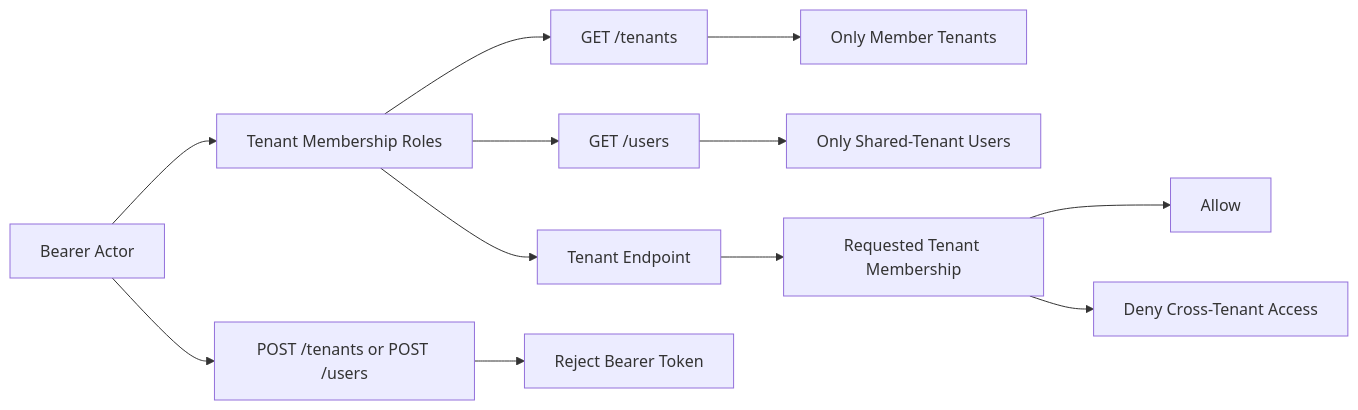
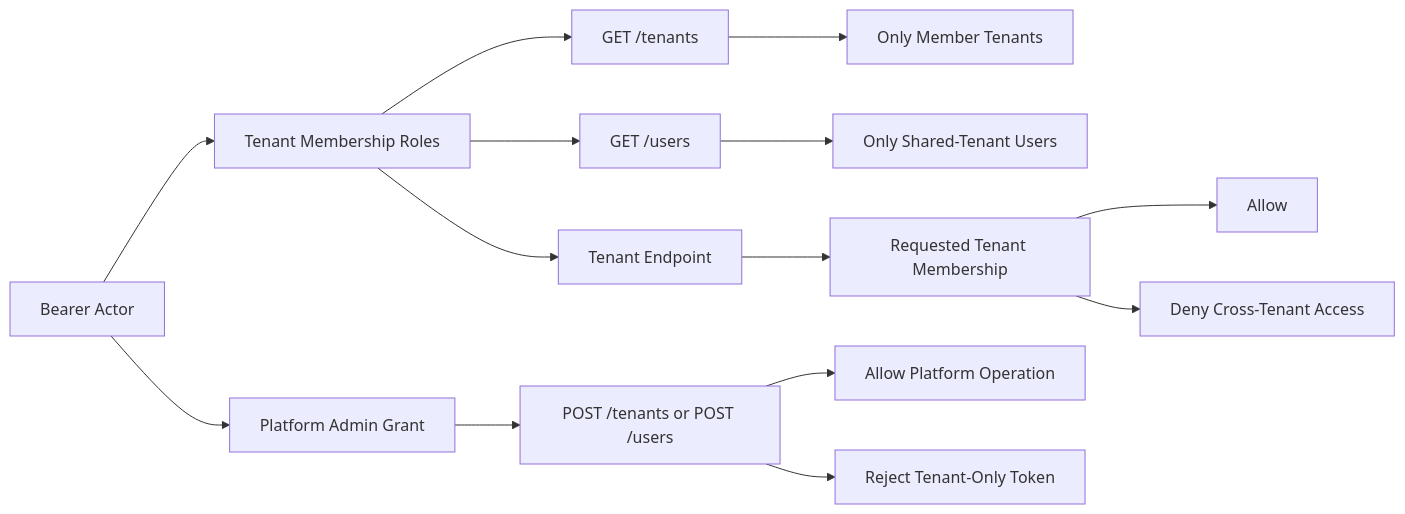
Before and after one commit to AlexGerlitz/drivedesk-core: the fourth of 8 diagrams in docs/public/SYSTEM_DESIGN.md, drawn with Mermaid. The commit also changed other lines of this file and 23 other files, not shown here.

Commit message:
Add dedicated platform admin model

````diff
--- a/docs/public/SYSTEM_DESIGN.md
+++ b/docs/public/SYSTEM_DESIGN.md
@@ -152,14 +152,16 @@
 ```mermaid
 flowchart LR
   Actor["Bearer Actor"] --> Roles["Tenant Membership Roles"]
   Roles --> TenantList["GET /tenants"]
   Roles --> UserList["GET /users"]
   Roles --> TenantEndpoint["Tenant Endpoint"]
   TenantList --> OwnTenants["Only Member Tenants"]
   UserList --> SharedUsers["Only Shared-Tenant Users"]
   TenantEndpoint --> TenantCheck["Requested Tenant Membership"]
   TenantCheck --> Allow["Allow"]
   TenantCheck --> Deny["Deny Cross-Tenant Access"]
-  Actor --> Bootstrap["POST /tenants or POST /users"]
-  Bootstrap --> DenyBootstrap["Reject Bearer Token"]
+  Actor --> PlatformGrant["Platform Admin Grant"]
+  PlatformGrant --> Bootstrap["POST /tenants or POST /users"]
+  Bootstrap --> AllowBootstrap["Allow Platform Operation"]
+  Bootstrap --> DenyBootstrap["Reject Tenant-Only Token"]
 ```
````
